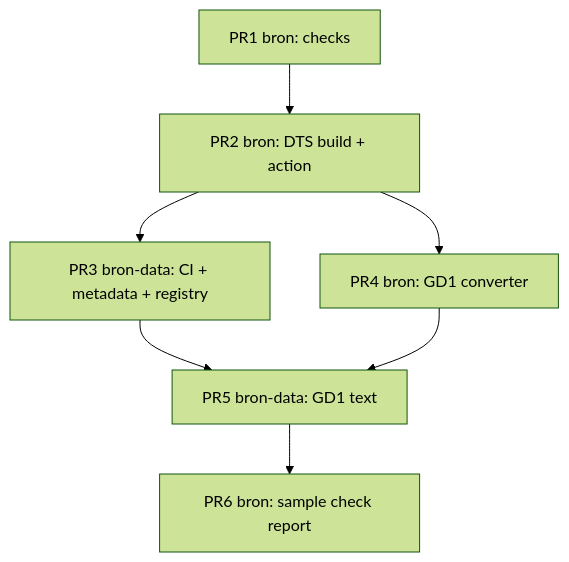
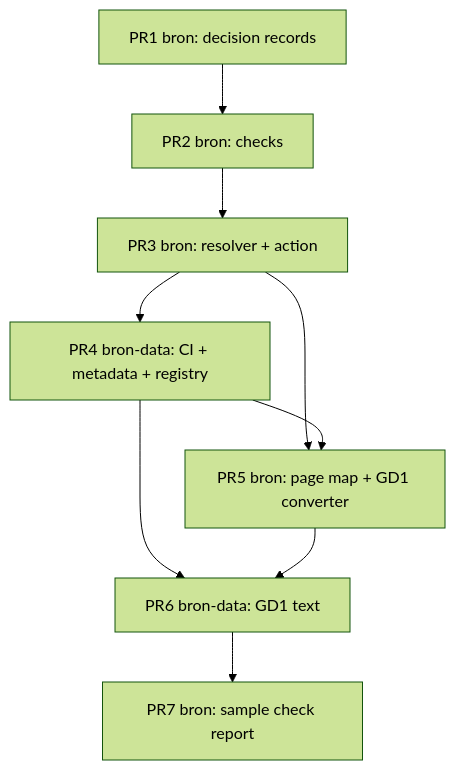
The fourth of 4 diagrams in docs/plans/2026-11-03-0447-feat-m0-m1-scaffolding-gd1-tei-plan.md (robertguss/bron), drawn with Mermaid (forest theme) before and after one commit. The commit also changed other lines of this file and 8 other files, not shown here.

````diff
--- a/docs/plans/2026-11-03-0447-feat-m0-m1-scaffolding-gd1-tei-plan.md
+++ b/docs/plans/2026-11-03-0447-feat-m0-m1-scaffolding-gd1-tei-plan.md
@@ -236,9 +365,11 @@
 ```mermaid
 flowchart TB
-  PR1[PR1 bron: checks] --> PR2[PR2 bron: DTS build + action]
-  PR2 --> PR3[PR3 bron-data: CI + metadata + registry]
-  PR2 --> PR4[PR4 bron: GD1 converter]
-  PR3 --> PR5[PR5 bron-data: GD1 text]
+  PR1[PR1 bron: decision records] --> PR2[PR2 bron: checks]
+  PR2 --> PR3[PR3 bron: resolver + action]
+  PR3 --> PR4[PR4 bron-data: CI + metadata + registry]
+  PR3 --> PR5[PR5 bron: page map + GD1 converter]
   PR4 --> PR5
-  PR5 --> PR6[PR6 bron: sample check report]
+  PR4 --> PR6[PR6 bron-data: GD1 text]
+  PR5 --> PR6
+  PR6 --> PR7[PR7 bron: sample check report]
 ```
````
